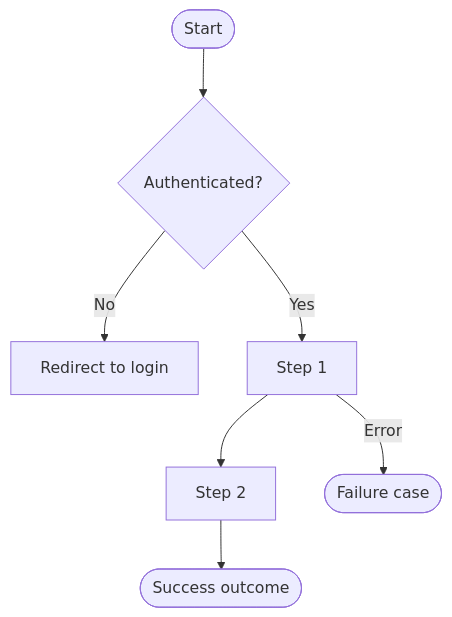
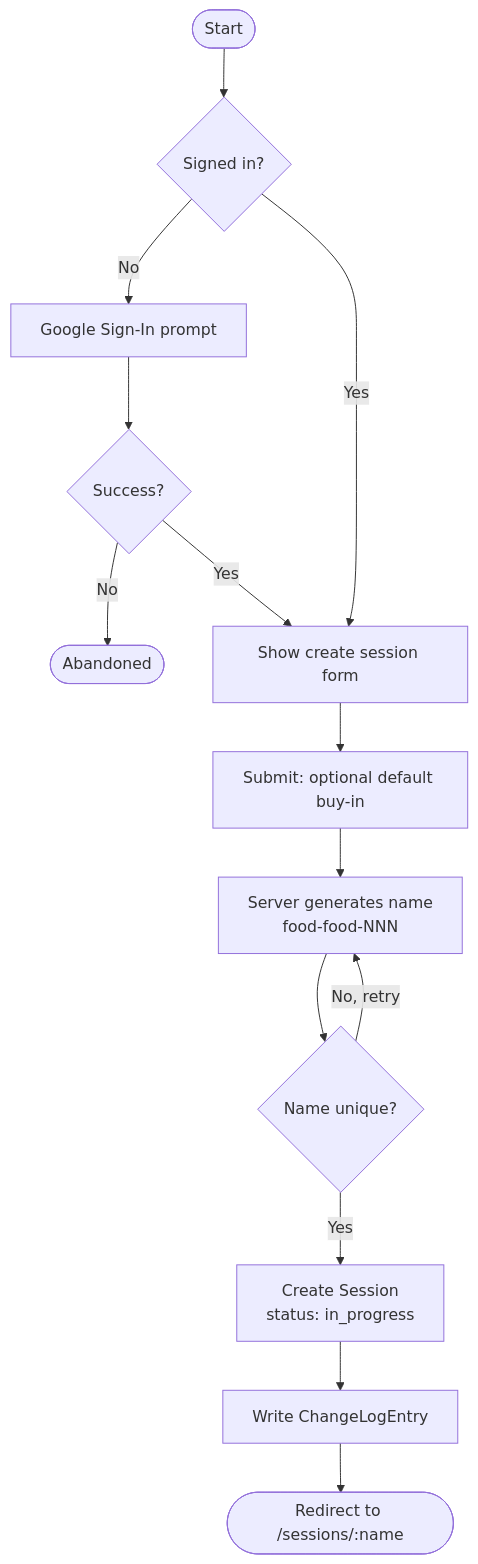
One commit to michikono/poker-ledger changed the first of 4 diagrams in docs/01-user-flows.md. Above: the diagram before and after it, drawn with Mermaid. The commit also changed other lines of this file and 13 other files, not shown here.

````diff
--- a/docs/01-user-flows.md
+++ b/docs/01-user-flows.md
@@ -31,9 +34,16 @@
 ```mermaid
 flowchart TD
-    A([Start]) --> B{Authenticated?}
-    B -- No --> C[Redirect to login]
-    B -- Yes --> D[Step 1]
-    D --> E[Step 2]
-    E --> F([Success outcome])
-    D -- Error --> G([Failure case])
+    A([Start]) --> B{Signed in?}
+    B -- No --> C[Google Sign-In prompt]
+    C --> D{Success?}
+    D -- No --> E([Abandoned])
+    D -- Yes --> F[Show create session form]
+    B -- Yes --> F
+    F --> G[Submit: optional default buy-in]
+    G --> H[Server generates name\nfood-food-NNN]
+    H --> I{Name unique?}
+    I -- No, retry --> H
+    I -- Yes --> J[Create Session\nstatus: in_progress]
+    J --> K[Write ChangeLogEntry]
+    K --> L([Redirect to /sessions/:name])
 ```
````
